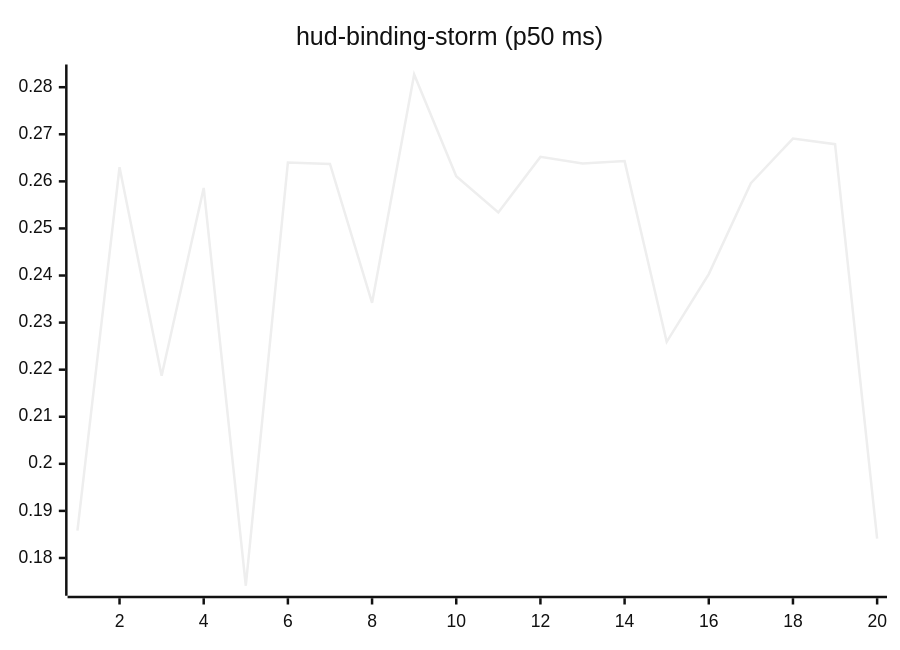
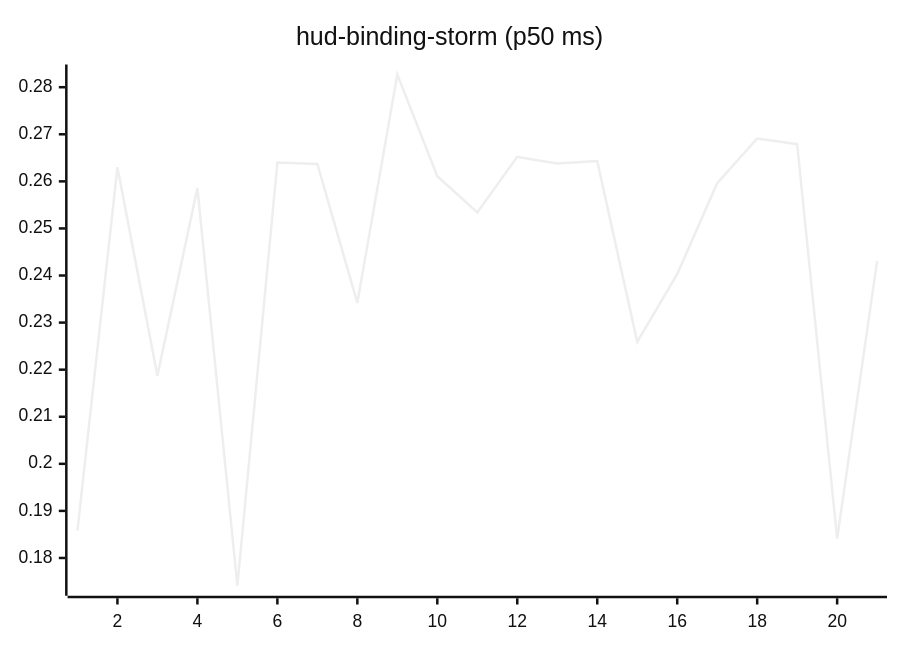
The tenth of 27 diagrams in README.md (josha/Facet), drawn with Mermaid (neutral theme) before and after one commit. The commit also changed other lines of this file and 2 other files, not shown here.

````diff
--- a/README.md
+++ b/README.md
@@ -126,6 +126,6 @@
 ```mermaid
 xychart-beta
     title "hud-binding-storm (p50 ms)"
-    x-axis 1 --> 20
-    line [0.1858, 0.2630, 0.2187, 0.2586, 0.1741, 0.2640, 0.2637, 0.2342, 0.2827, 0.2611, 0.2534, 0.2652, 0.2638, 0.2643, 0.2259, 0.2403, 0.2596, 0.2691, 0.2679, 0.1841]
+    x-axis 1 --> 21
+    line [0.1858, 0.2630, 0.2187, 0.2586, 0.1741, 0.2640, 0.2637, 0.2342, 0.2827, 0.2611, 0.2534, 0.2652, 0.2638, 0.2643, 0.2259, 0.2403, 0.2596, 0.2691, 0.2679, 0.1841, 0.2431]
 ```
````
